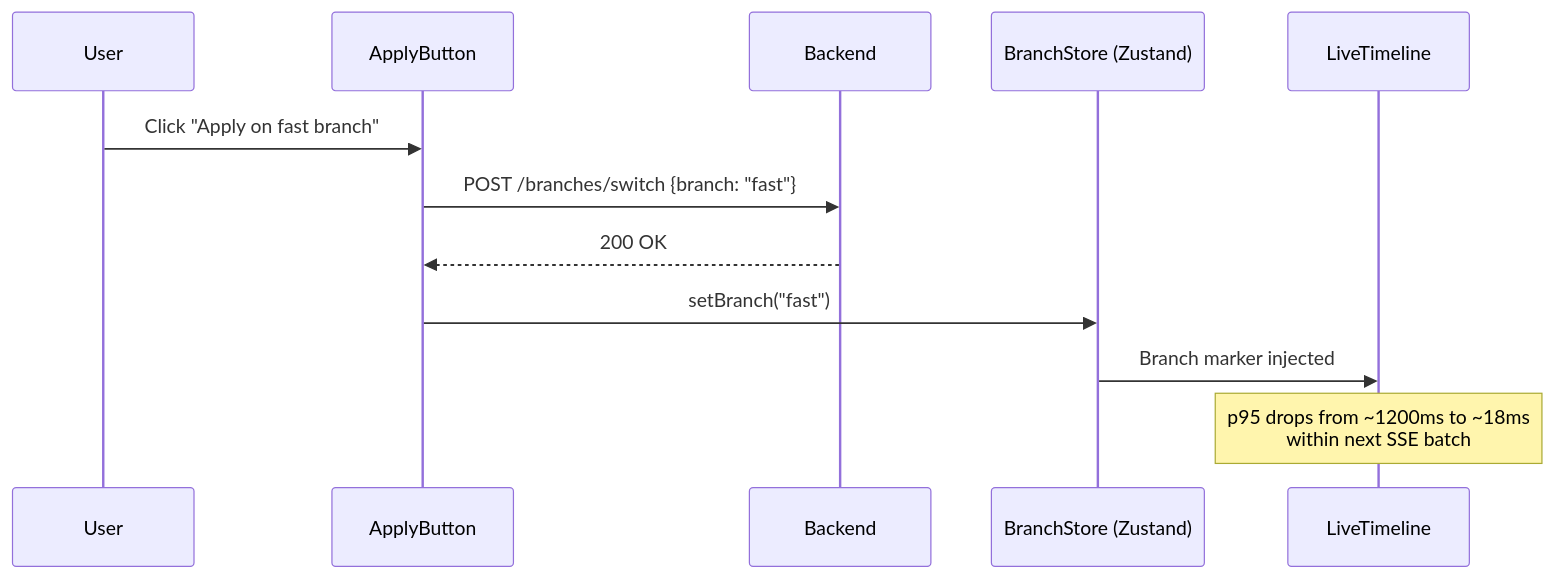
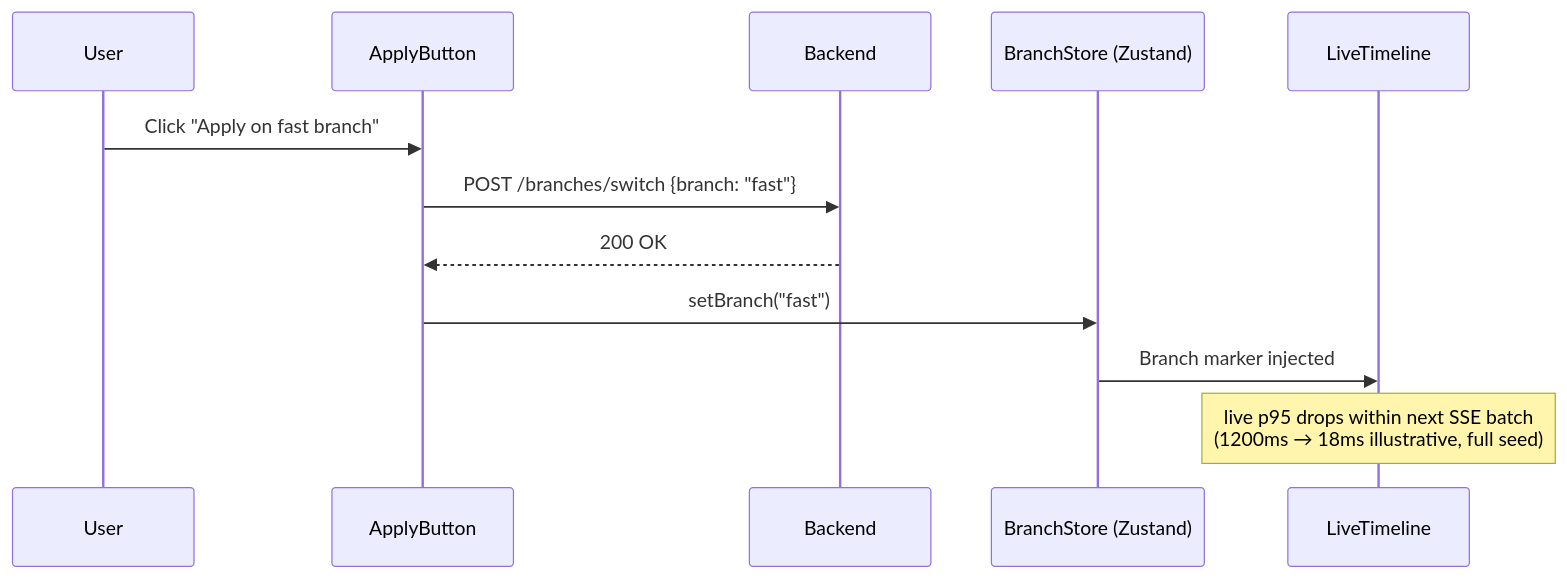
One commit to Abdul-Muizz1310/slowquery-dashboard-frontend changed the fourth of 4 diagrams in docs/ARCHITECTURE.md. Above: the diagram before and after it, drawn with Mermaid. The commit also changed 5 other files, not shown here.

````diff
--- a/docs/ARCHITECTURE.md
+++ b/docs/ARCHITECTURE.md
@@ -81,15 +81,15 @@
 ```mermaid
 sequenceDiagram
     participant U as User
     participant Btn as ApplyButton
     participant API as Backend
     participant Store as BranchStore (Zustand)
     participant TL as LiveTimeline
 
     U->>Btn: Click "Apply on fast branch"
     Btn->>API: POST /branches/switch {branch: "fast"}
     API-->>Btn: 200 OK
     Btn->>Store: setBranch("fast")
     Store->>TL: Branch marker injected
-    Note over TL: p95 drops from ~1200ms to ~18ms<br>within next SSE batch
+    Note over TL: live p95 drops within next SSE batch<br>(1200ms → 18ms illustrative, full seed)
 ```
````
